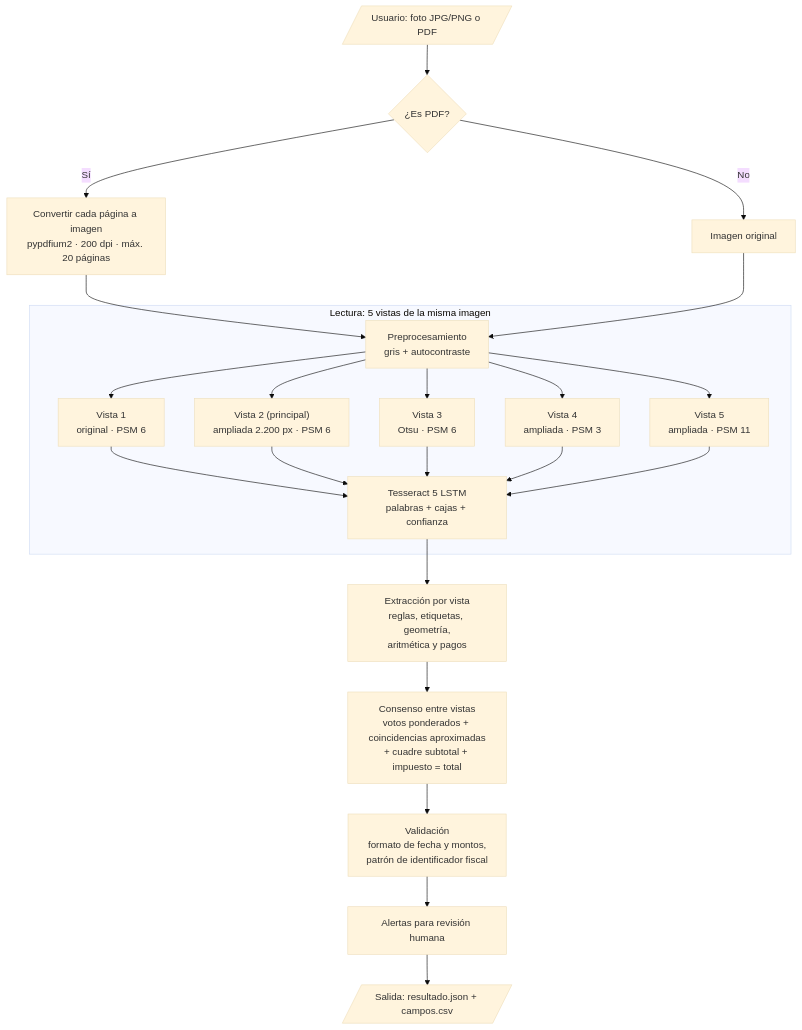
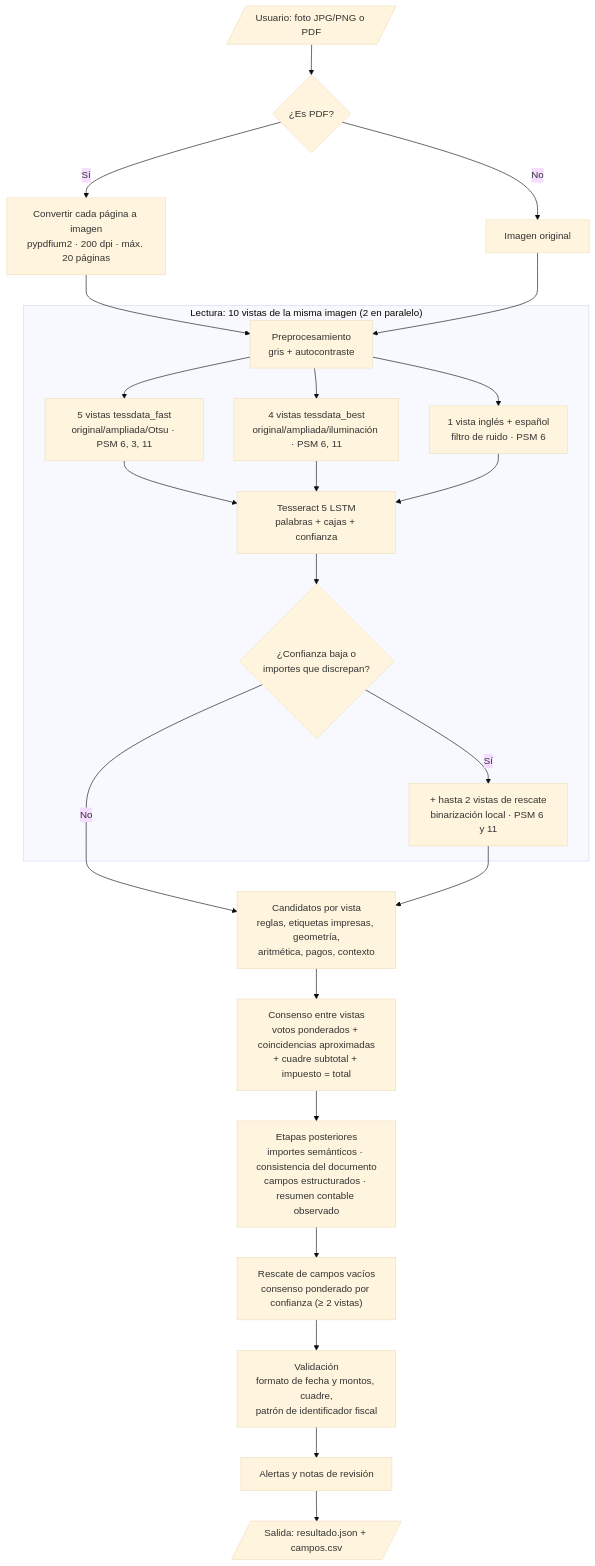
Before and after one commit to Jesusl2202/Document-Scanner: the first of 3 diagrams in docs/arquitectura.md, drawn with Mermaid (base theme). The commit also changed other lines of this file and 62 other files, not shown here.

First line of the commit message:
Estructura final del proyecto y modelo «resumen contable»

````diff
--- a/docs/arquitectura.md
+++ b/docs/arquitectura.md
@@ -67,23 +68,26 @@
 ```mermaid
 flowchart TD
     A[/"Usuario: foto JPG/PNG o PDF"/] --> B{¿Es PDF?}
     B -- Sí --> C["Convertir cada página a imagen<br/>pypdfium2 · 200 dpi · máx. 20 páginas"]
     B -- No --> D["Imagen original"]
     C --> E
     D --> E
 
-    subgraph OCR ["Lectura: 5 vistas de la misma imagen"]
-        E["Preprocesamiento<br/>gris + autocontraste"] --> V1["Vista 1<br/>original · PSM 6"]
-        E --> V2["Vista 2 (principal)<br/>ampliada 2.200 px · PSM 6"]
-        E --> V3["Vista 3<br/>Otsu · PSM 6"]
-        E --> V4["Vista 4<br/>ampliada · PSM 3"]
-        E --> V5["Vista 5<br/>ampliada · PSM 11"]
-        V1 & V2 & V3 & V4 & V5 --> T["Tesseract 5 LSTM<br/>palabras + cajas + confianza"]
+    subgraph OCR ["Lectura: 10 vistas de la misma imagen (2 en paralelo)"]
+        E["Preprocesamiento<br/>gris + autocontraste"] --> F5["5 vistas tessdata_fast<br/>original/ampliada/Otsu · PSM 6, 3, 11"]
+        E --> B4["4 vistas tessdata_best<br/>original/ampliada/iluminación · PSM 6, 11"]
+        E --> S1["1 vista inglés + español<br/>filtro de ruido · PSM 6"]
+        F5 & B4 & S1 --> T["Tesseract 5 LSTM<br/>palabras + cajas + confianza"]
+        T --> R{"¿Confianza baja o<br/>importes que discrepan?"}
+        R -- Sí --> RV["+ hasta 2 vistas de rescate<br/>binarización local · PSM 6 y 11"]
     end
 
-    T --> F["Extracción por vista<br/>reglas, etiquetas, geometría,<br/>aritmética y pagos"]
-    F --> G["Consenso entre vistas<br/>votos ponderados + coincidencias aproximadas<br/>+ cuadre subtotal + impuesto = total"]
-    G --> H["Validación<br/>formato de fecha y montos,<br/>patrón de identificador fiscal"]
-    H --> I["Alertas para revisión humana"]
+    R -- No --> X
+    RV --> X
+    X["Candidatos por vista<br/>reglas, etiquetas impresas, geometría,<br/>aritmética, pagos, contexto"] --> G["Consenso entre vistas<br/>votos ponderados + coincidencias aproximadas<br/>+ cuadre subtotal + impuesto = total"]
+    G --> P["Etapas posteriores<br/>importes semánticos · consistencia del documento<br/>campos estructurados · resumen contable observado"]
+    P --> Q["Rescate de campos vacíos<br/>consenso ponderado por confianza (≥ 2 vistas)"]
+    Q --> H["Validación<br/>formato de fecha y montos, cuadre,<br/>patrón de identificador fiscal"]
+    H --> I["Alertas y notas de revisión"]
     I --> J[/"Salida: resultado.json + campos.csv"/]
 ```
````
